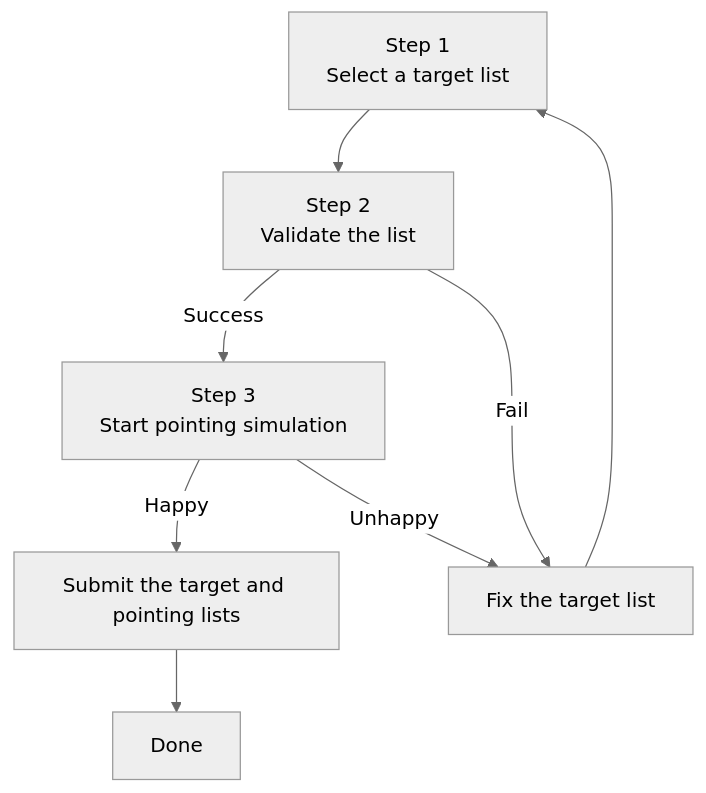
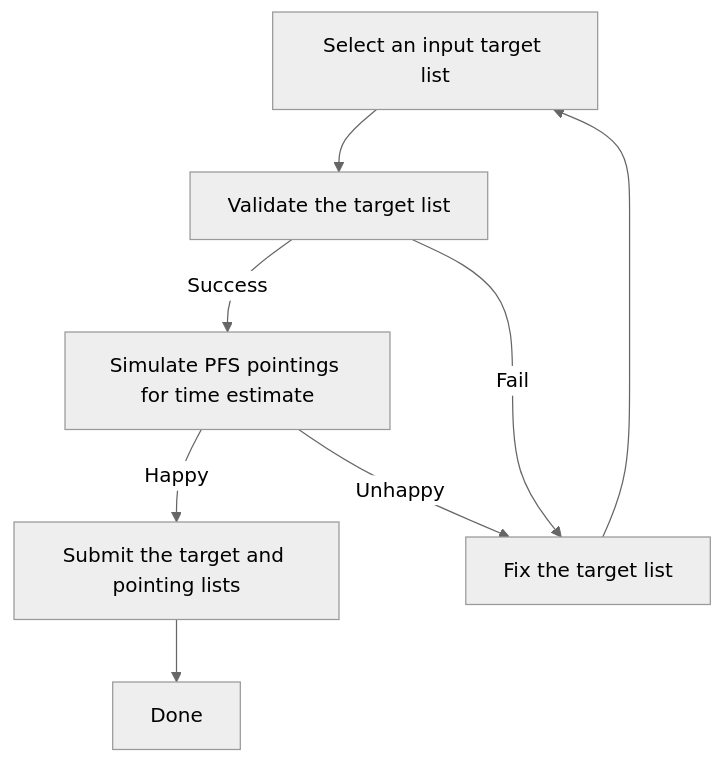
One commit to Subaru-PFS/spt_target_uploader changed the diagram in docs/docs/index.md. Above: the diagram before and after it, drawn with Mermaid (neutral theme). The commit also changed other lines of this file and 42 other files, not shown here.

````diff
--- a/docs/docs/index.md
+++ b/docs/docs/index.md
@@ -7,10 +7,10 @@
 ```mermaid
 graph TD
-  select_file[Step 1\nSelect a target list] --> validate[Step 2\nValidate the list];
-  validate -->|Success| run_ppp[Step 3\nStart pointing simulation];
+  select_file[Select an input target list] --> validate[Validate the target list];
+  validate -->|Success| run_ppp[Simulate PFS pointings for time estimate];
   validate -->|Fail| fix_errors[Fix the target list];
   fix_errors --> select_file;
   run_ppp -->|Happy| submit_results[Submit the target and pointing lists];
   run_ppp -->|Unhappy| fix_errors;
   submit_results --> done[Done];
 ```
````
